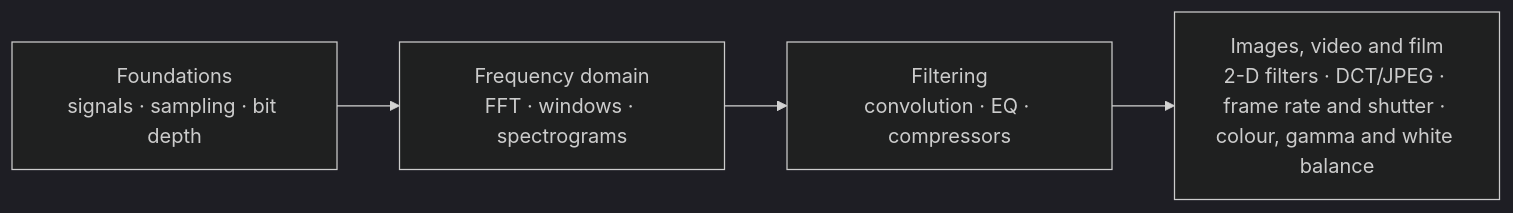
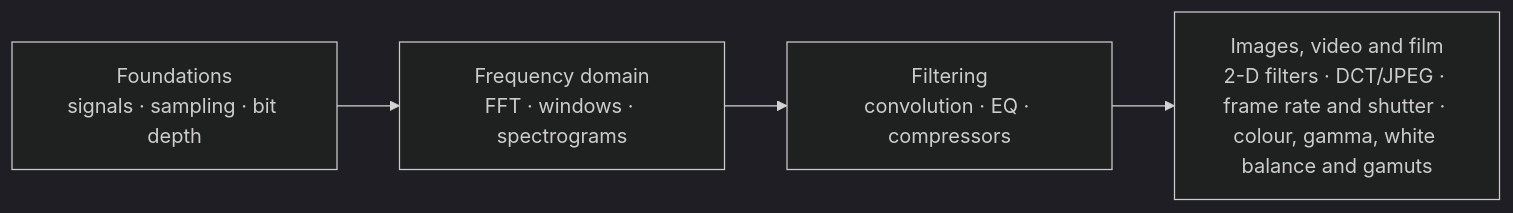
Before and after one commit to amalmehta/SignalProcessingPrimer: the diagram in README.md, drawn with Mermaid (dark theme). The commit also changed other lines of this file and 15 other files, not shown here.

````diff
--- a/README.md
+++ b/README.md
@@ -19,6 +19,6 @@
 ```mermaid
 flowchart LR
     A["Foundations<br/>signals · sampling · bit depth"] --> B["Frequency domain<br/>FFT · windows · spectrograms"]
     B --> C["Filtering<br/>convolution · EQ · compressors"]
-    C --> D["Images, video and film<br/>2-D filters · DCT/JPEG · frame rate and shutter · colour, gamma and white balance"]
+    C --> D["Images, video and film<br/>2-D filters · DCT/JPEG · frame rate and shutter · colour, gamma, white balance and gamuts"]
 ```
````
